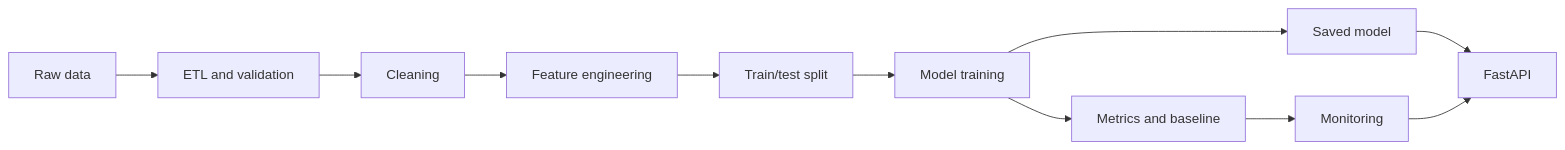
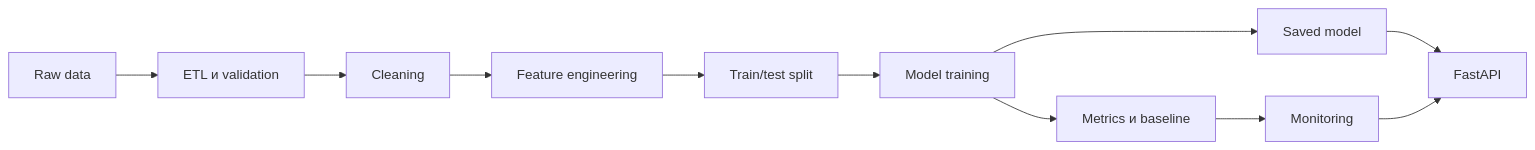
The first of 2 diagrams in README.md (CatyFlam01/Cheking_Diamonds), drawn with Mermaid before and after one commit. The commit also changed other lines of this file and 7 other files, not shown here.

````diff
--- a/README.md
+++ b/README.md
@@ -46,13 +47,13 @@
 ```mermaid
 flowchart LR
-    A["Raw data"] --> B["ETL and validation"]
+    A["Raw data"] --> B["ETL и validation"]
     B --> C["Cleaning"]
     C --> D["Feature engineering"]
     D --> E["Train/test split"]
     E --> F["Model training"]
-    F --> G["Metrics and baseline"]
+    F --> G["Metrics и baseline"]
     F --> H["Saved model"]
     H --> I["FastAPI"]
     G --> J["Monitoring"]
     J --> I
 ```
````
